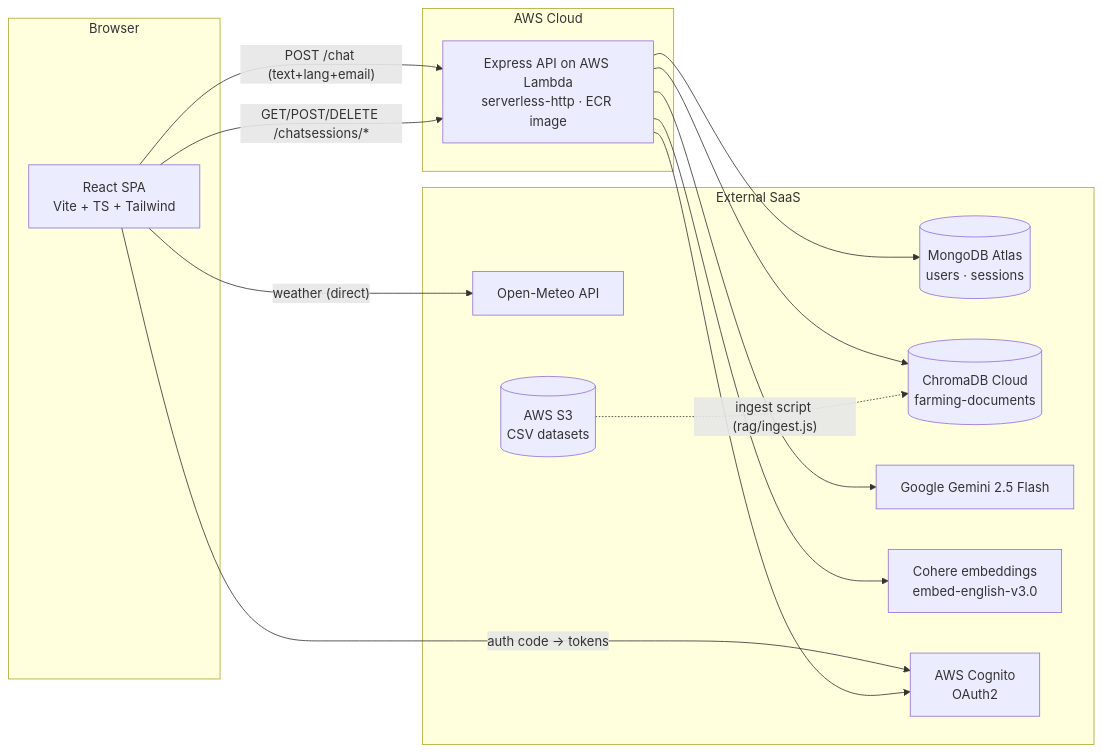
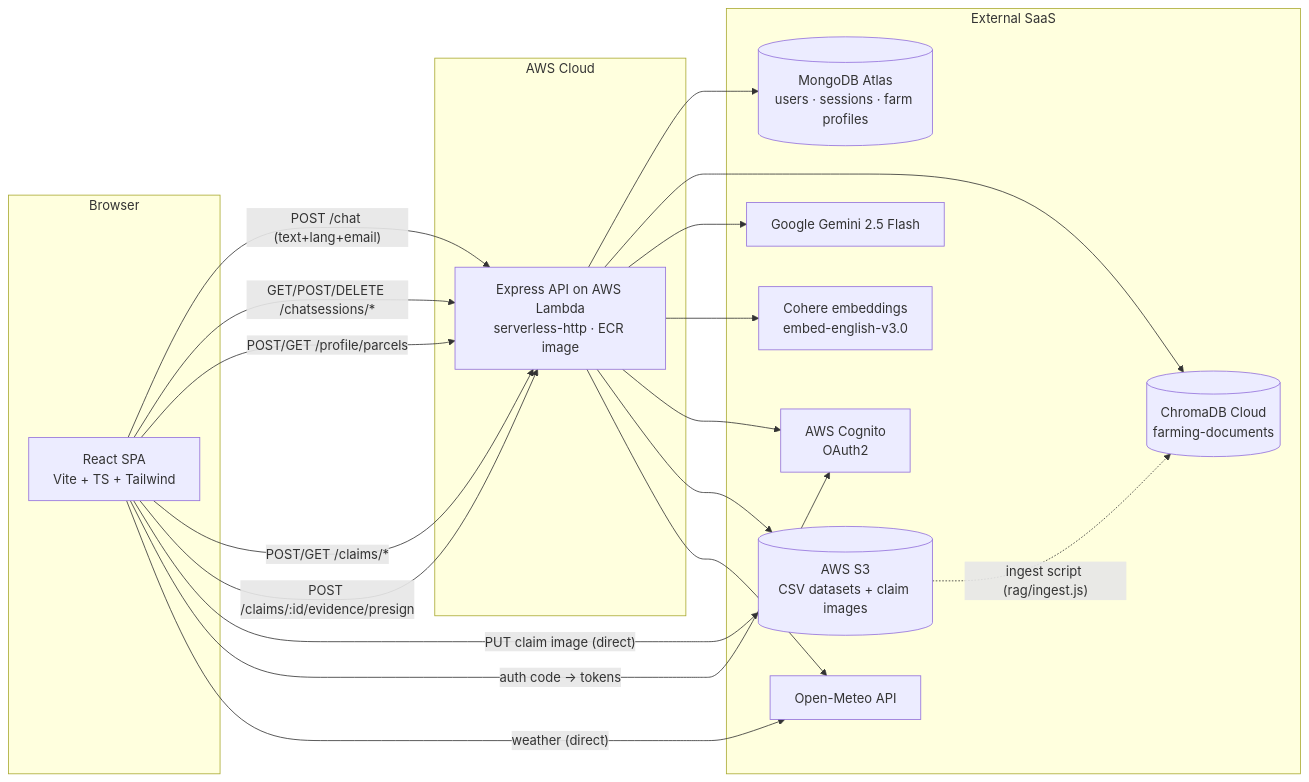
One commit to KishoreBalajiP/VivasayiAI changed the first of 4 diagrams in docs/architecture/06_System_Architecture.md. Above: the diagram before and after it, drawn with Mermaid. The commit also changed other lines of this file and 10 other files, not shown here.

````diff
--- a/docs/architecture/06_System_Architecture.md
+++ b/docs/architecture/06_System_Architecture.md
@@ -19,31 +19,37 @@
 ```mermaid
 flowchart LR
     subgraph Browser
         FE[React SPA<br/>Vite + TS + Tailwind]
     end
 
     subgraph AWS Cloud
         Lambda[Express API on AWS Lambda<br/>serverless-http · ECR image]
     end
 
     subgraph External SaaS
-        Mongo[(MongoDB Atlas<br/>users · sessions)]
+        Mongo[(MongoDB Atlas<br/>users · sessions · farm profiles)]
         Chroma[(ChromaDB Cloud<br/>farming-documents)]
         Gemini[Google Gemini 2.5 Flash]
         Cohere[Cohere embeddings<br/>embed-english-v3.0]
         Cognito[AWS Cognito<br/>OAuth2]
         WeatherAPI[Open-Meteo API]
-        S3[(AWS S3<br/>CSV datasets)]
+        S3[(AWS S3<br/>CSV datasets + claim images)]
     end
 
     FE -- "POST /chat (text+lang+email)" --> Lambda
     FE -- "GET/POST/DELETE /chatsessions/*" --> Lambda
+    FE -- "POST/GET /profile/parcels" --> Lambda
+    FE -- "POST/GET /claims/*" --> Lambda
+    FE -- "POST /claims/:id/evidence/presign" --> Lambda
+    FE -- "PUT claim image (direct)" --> S3
     FE -- "auth code → tokens" --> Cognito
     FE -- "weather (direct)" --> WeatherAPI
     Lambda --> Mongo
     Lambda --> Chroma
     Lambda --> Gemini
     Lambda --> Cohere
     Lambda --> Cognito
+    Lambda --> S3
+    Lambda --> WeatherAPI
     S3 -. "ingest script (rag/ingest.js)" .-> Chroma
 ```
````
